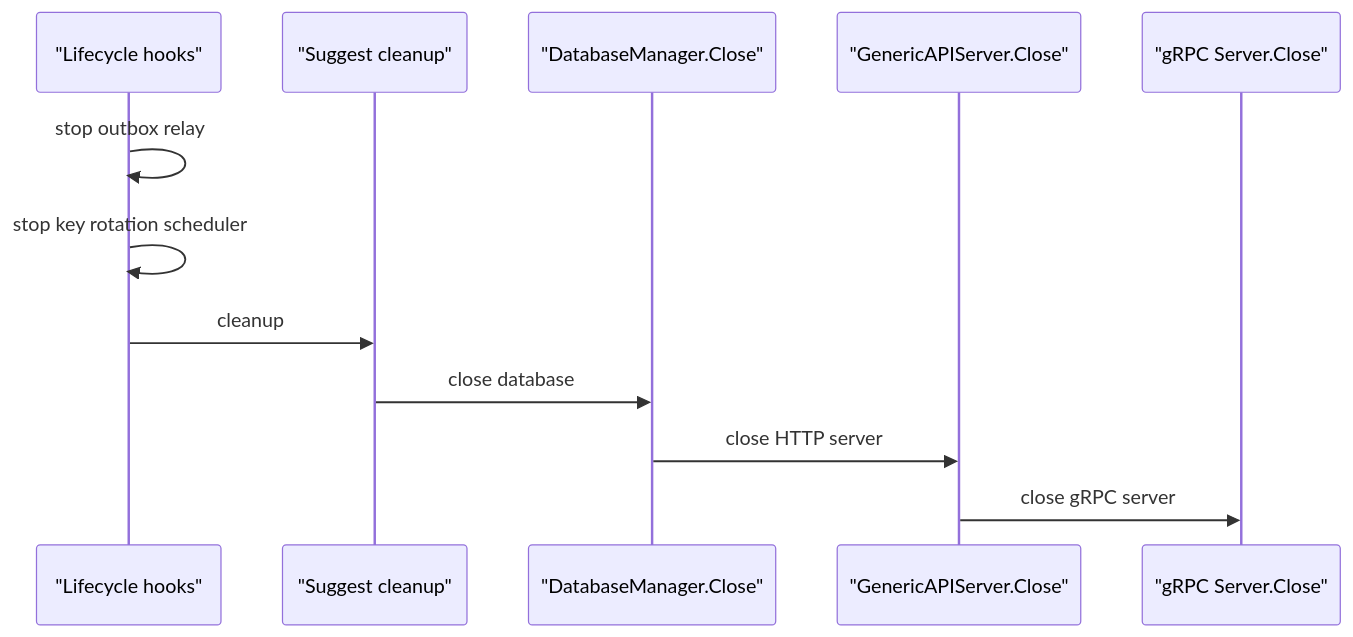
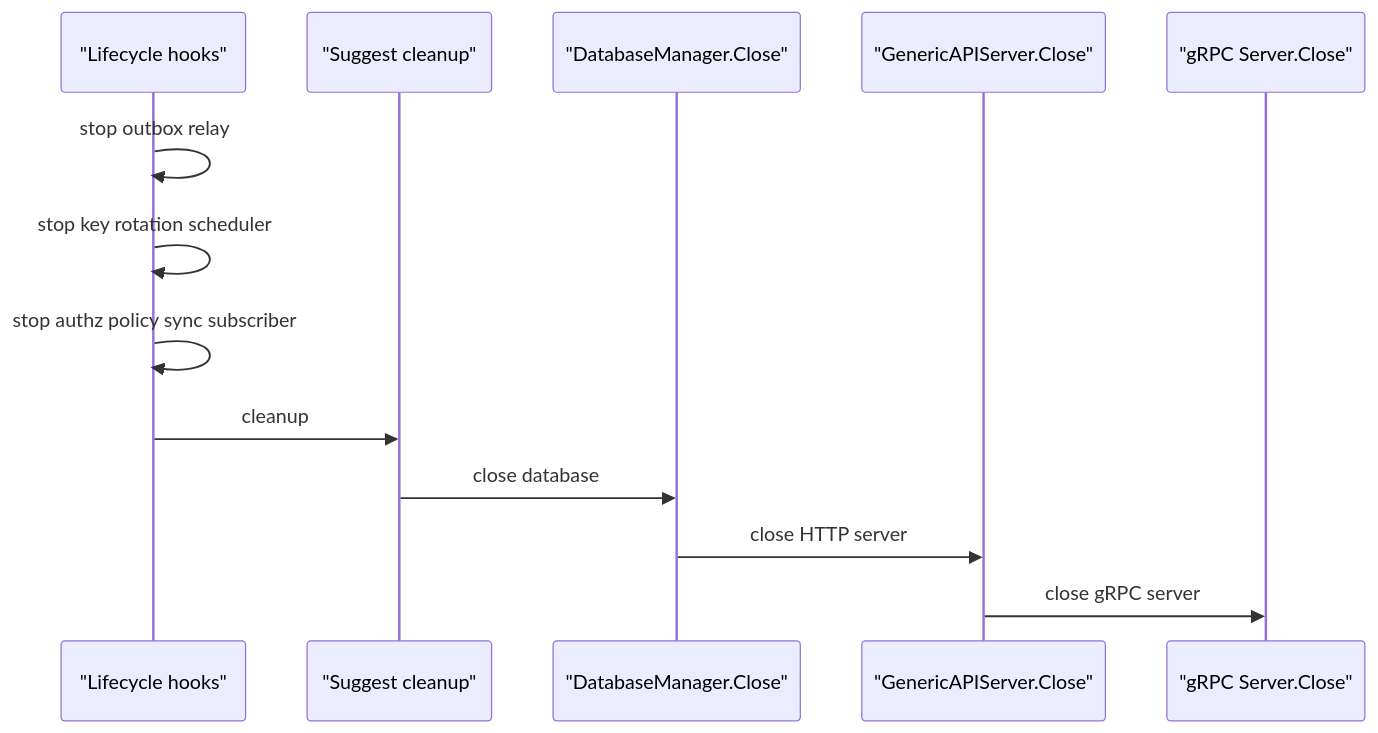
One commit to FangcunMount/iam changed diagram 15 of 17 in docs/01-运行时/04-后台任务与优雅关闭.md. Above: the diagram before and after it, drawn with Mermaid. The commit also changed other lines of this file and 5 other files, not shown here.

````diff
--- a/docs/01-运行时/04-后台任务与优雅关闭.md
+++ b/docs/01-运行时/04-后台任务与优雅关闭.md
@@ -784,15 +927,16 @@
 ```mermaid
 sequenceDiagram
     participant Life as "Lifecycle hooks"
     participant Suggest as "Suggest cleanup"
     participant DB as "DatabaseManager.Close"
     participant HTTP as "GenericAPIServer.Close"
     participant GRPC as "gRPC Server.Close"
 
     Life->>Life: stop outbox relay
     Life->>Life: stop key rotation scheduler
+    Life->>Life: stop authz policy sync subscriber
     Life->>Suggest: cleanup
     Suggest->>DB: close database
     DB->>HTTP: close HTTP server
     HTTP->>GRPC: close gRPC server
 ```
````
